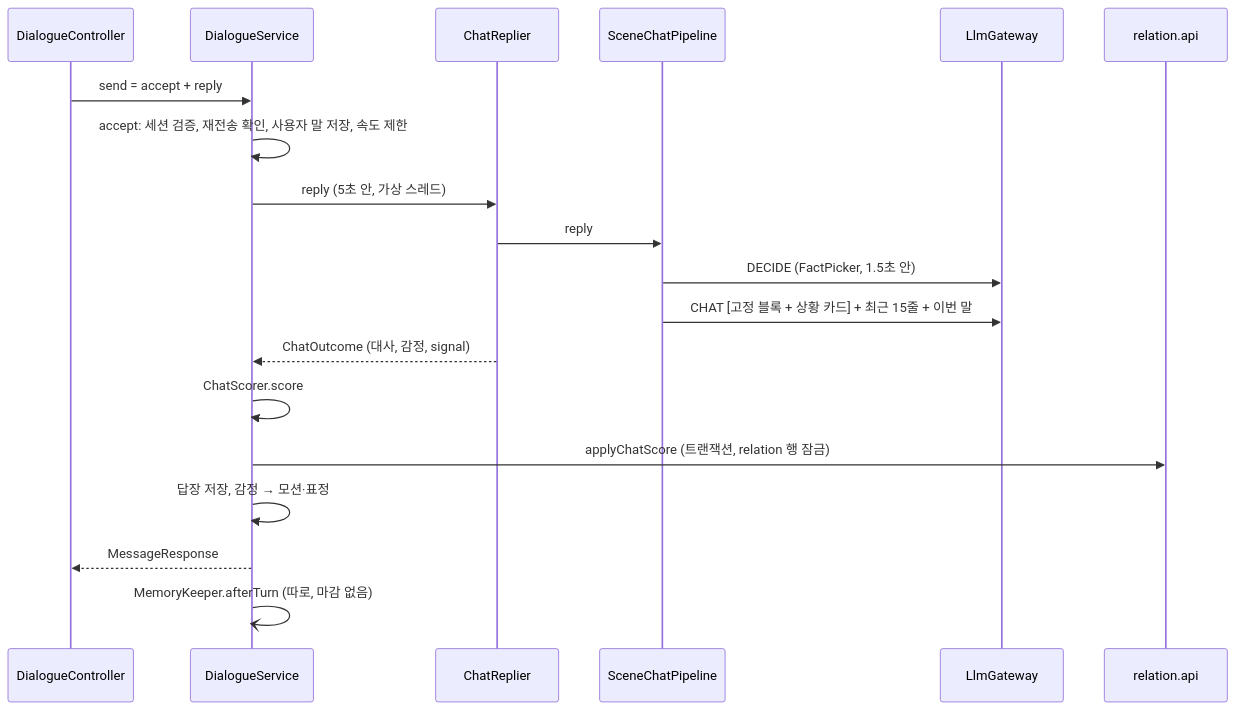
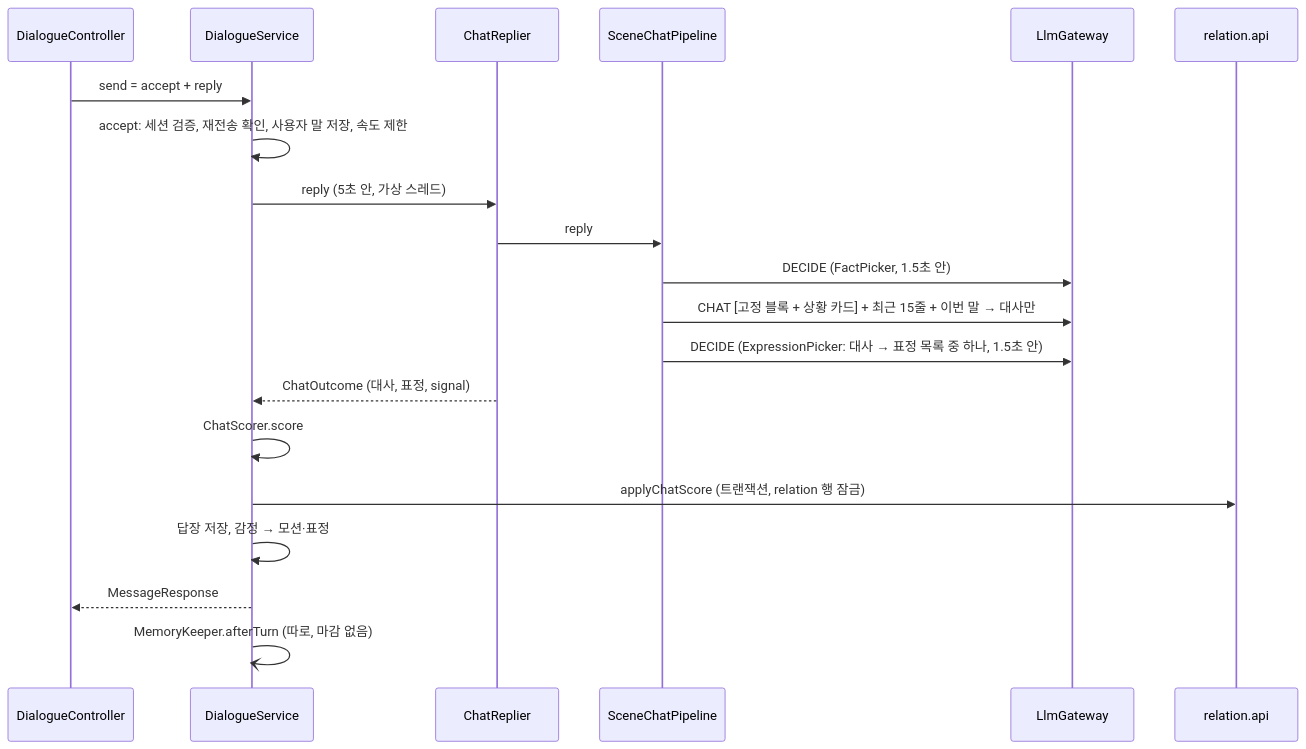
The second of 3 diagrams in docs/ARCHITECTURE.md (LIKELION-CAPSULE/Backend_lab), drawn with Mermaid before and after one commit. The commit also changed other lines of this file and 19 other files, not shown here.

````diff
--- a/docs/ARCHITECTURE.md
+++ b/docs/ARCHITECTURE.md
@@ -264,21 +265,22 @@
 ```mermaid
 sequenceDiagram
   participant C as DialogueController
   participant S as DialogueService
   participant R as ChatReplier
   participant P as SceneChatPipeline
   participant G as LlmGateway
   participant Rel as relation.api
   C->>S: send = accept + reply
   S->>S: accept: 세션 검증, 재전송 확인, 사용자 말 저장, 속도 제한
   S->>R: reply (5초 안, 가상 스레드)
   R->>P: reply
   P->>G: DECIDE (FactPicker, 1.5초 안)
-  P->>G: CHAT [고정 블록 + 상황 카드] + 최근 15줄 + 이번 말
-  R-->>S: ChatOutcome (대사, 감정, signal)
+  P->>G: CHAT [고정 블록 + 상황 카드] + 최근 15줄 + 이번 말 → 대사만
+  P->>G: DECIDE (ExpressionPicker: 대사 → 표정 목록 중 하나, 1.5초 안)
+  R-->>S: ChatOutcome (대사, 표정, signal)
   S->>S: ChatScorer.score
   S->>Rel: applyChatScore (트랜잭션, relation 행 잠금)
   S->>S: 답장 저장, 감정 → 모션·표정
   S-->>C: MessageResponse
   S-)S: MemoryKeeper.afterTurn (따로, 마감 없음)
 ```
````
